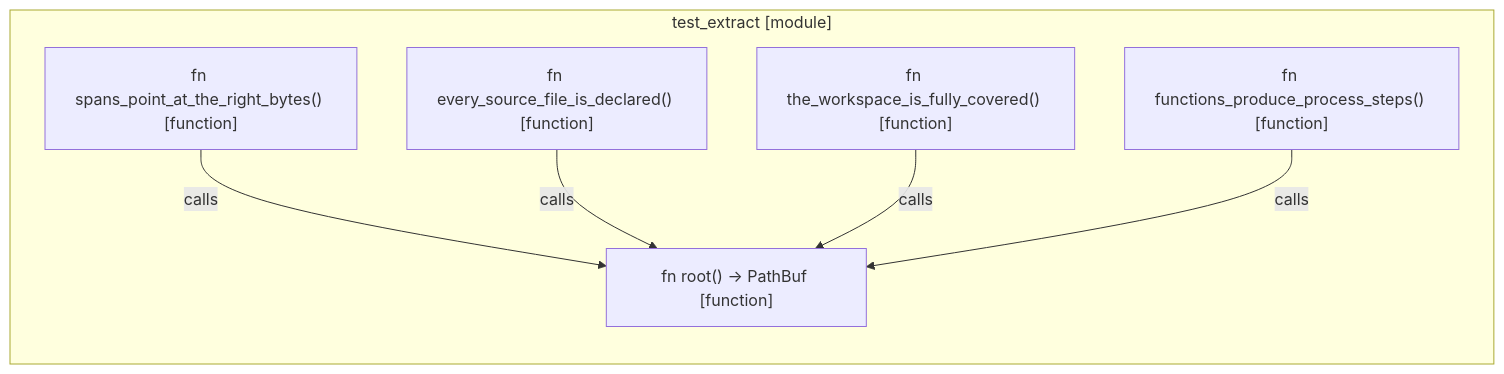
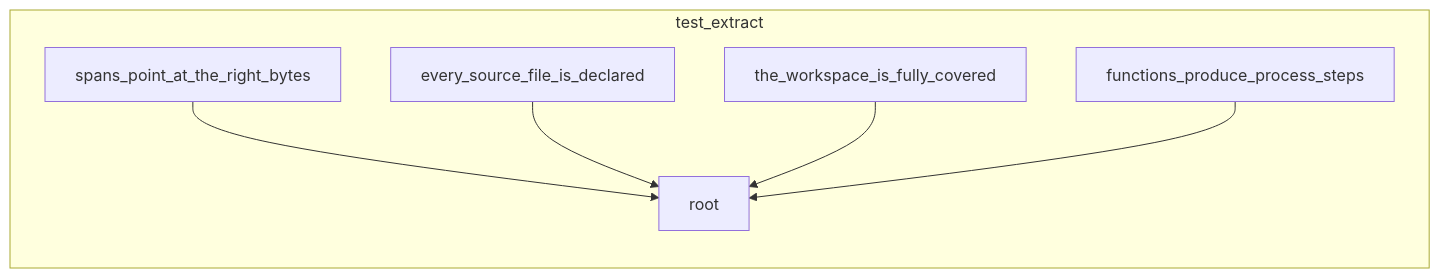
The second of 2 diagrams in docs/self-model/robby_extract/test_extract/index.md (RyanGuild/self-describing-code), drawn with Mermaid before and after one commit. The commit also changed other lines of this file and 1404 other files, not shown here.

Commit message:
Land the site viewer, TypeScript extract, and comment agent so the public tree matches the workspace.

````diff
--- a/docs/self-model/robby_extract/test_extract/index.md
+++ b/docs/self-model/robby_extract/test_extract/index.md
@@ -11,15 +26,15 @@
 ```mermaid
-flowchart TD
-    subgraph n_286b1b9602b65f8d["test_extract [module]"]
+flowchart TB
+    subgraph n_286b1b9602b65f8d["test_extract"]
         direction TB
-        n_e15579d20b9b2edd["fn root() -> PathBuf [function]"]
-        n_7c330d99659d9a6b["fn every_source_file_is_declared() [function]"]
-        n_96f42359af8dd731["fn the_workspace_is_fully_covered() [function]"]
-        n_f0deac31d986e98f["fn functions_produce_process_steps() [function]"]
-        n_3bac05e8319828b4["fn spans_point_at_the_right_bytes() [function]"]
+        n_7c330d99659d9a6b["every_source_file_is_declared"]
+        n_f0deac31d986e98f["functions_produce_process_steps"]
+        n_e15579d20b9b2edd["root"]
+        n_3bac05e8319828b4["spans_point_at_the_right_bytes"]
+        n_96f42359af8dd731["the_workspace_is_fully_covered"]
     end
-    n_3bac05e8319828b4 -->|calls| n_e15579d20b9b2edd
-    n_7c330d99659d9a6b -->|calls| n_e15579d20b9b2edd
-    n_96f42359af8dd731 -->|calls| n_e15579d20b9b2edd
-    n_f0deac31d986e98f -->|calls| n_e15579d20b9b2edd
+    n_3bac05e8319828b4 --> n_e15579d20b9b2edd
+    n_7c330d99659d9a6b --> n_e15579d20b9b2edd
+    n_96f42359af8dd731 --> n_e15579d20b9b2edd
+    n_f0deac31d986e98f --> n_e15579d20b9b2edd
 ```
````
